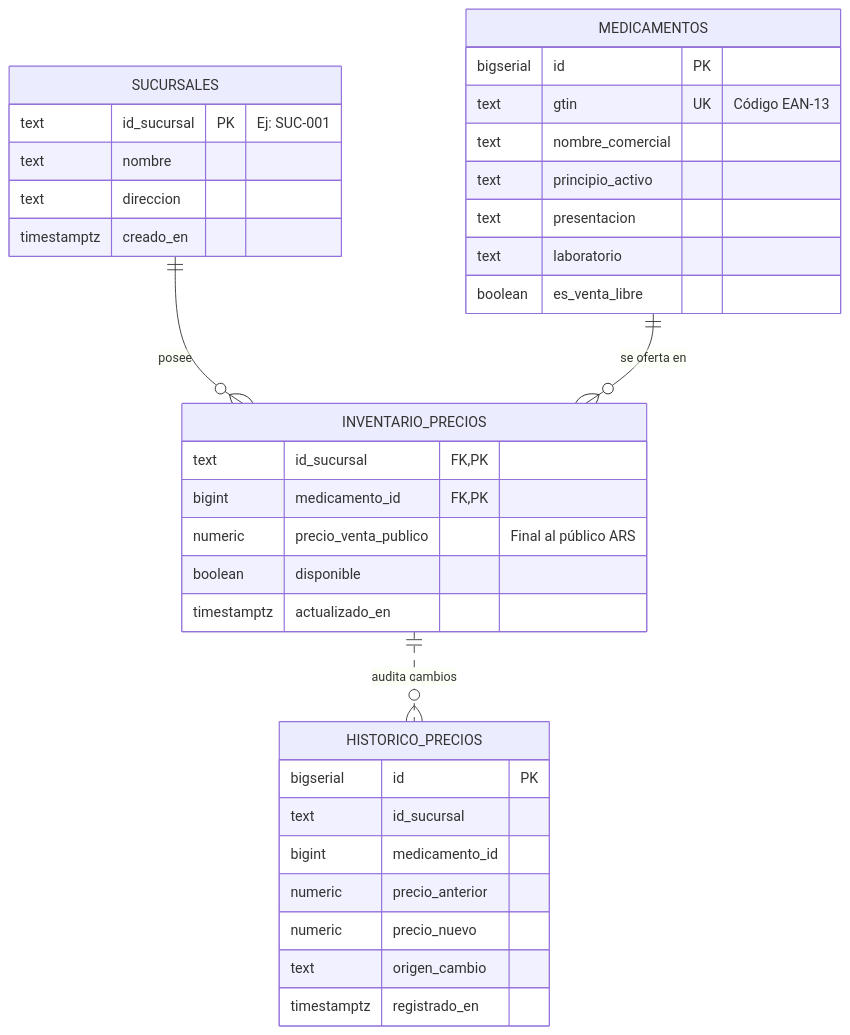
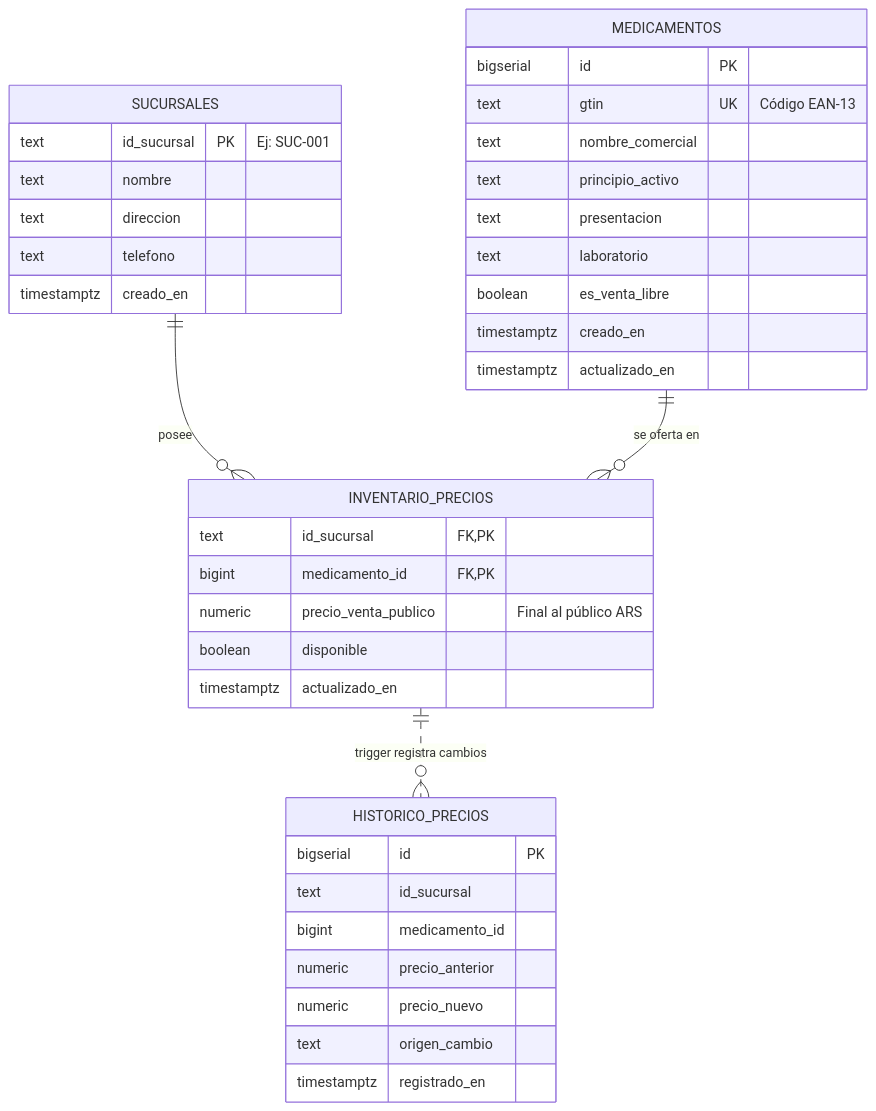
Before and after one commit to jferreyradev/farmCode: the second of 3 diagrams in docs/ARCHITECTURE.md, drawn with Mermaid. The commit also changed other lines of this file and 4 other files, not shown here.

Commit message:
feat: update architecture documentation and improve CSV import handling

````diff
--- a/docs/ARCHITECTURE.md
+++ b/docs/ARCHITECTURE.md
@@ -33,38 +72,41 @@
 ```mermaid
 erDiagram
     SUCURSALES ||--o{ INVENTARIO_PRECIOS : "posee"
     MEDICAMENTOS ||--o{ INVENTARIO_PRECIOS : "se oferta en"
-    INVENTARIO_PRECIOS ||..o{ HISTORICO_PRECIOS : "audita cambios"
+    INVENTARIO_PRECIOS ||..o{ HISTORICO_PRECIOS : "trigger registra cambios"
 
     SUCURSALES {
         text id_sucursal PK "Ej: SUC-001"
         text nombre
         text direccion
+        text telefono
         timestamptz creado_en
     }
     MEDICAMENTOS {
         bigserial id PK
         text gtin UK "Código EAN-13"
         text nombre_comercial
         text principio_activo
         text presentacion
         text laboratorio
         boolean es_venta_libre
+        timestamptz creado_en
+        timestamptz actualizado_en
     }
     INVENTARIO_PRECIOS {
         text id_sucursal FK,PK
         bigint medicamento_id FK,PK
         numeric precio_venta_publico "Final al público ARS"
         boolean disponible
         timestamptz actualizado_en
     }
     HISTORICO_PRECIOS {
         bigserial id PK
         text id_sucursal
         bigint medicamento_id
         numeric precio_anterior
         numeric precio_nuevo
         text origen_cambio
         timestamptz registrado_en
     }
 ```
````
